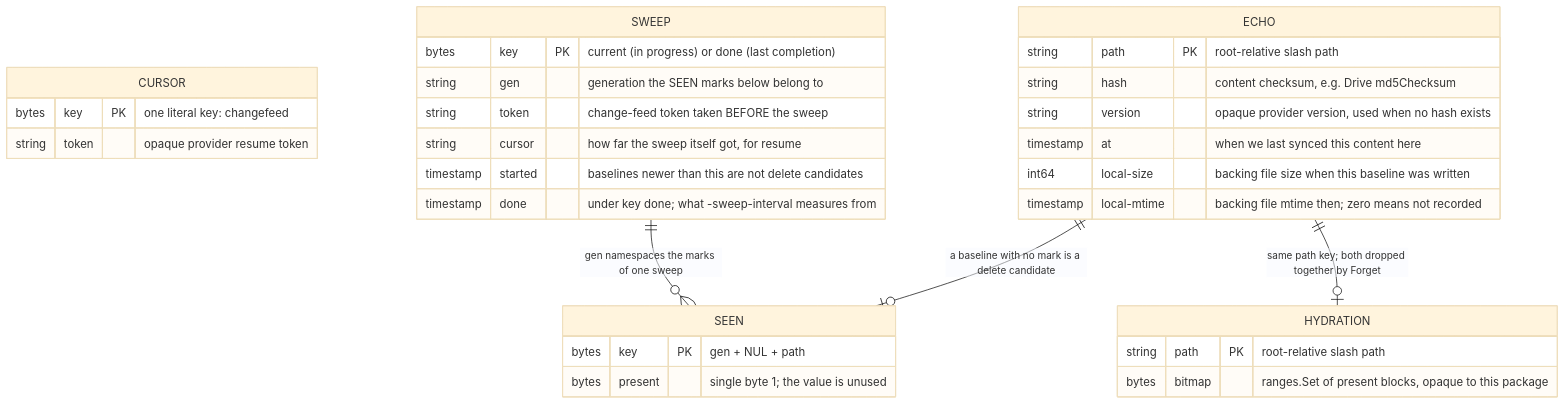
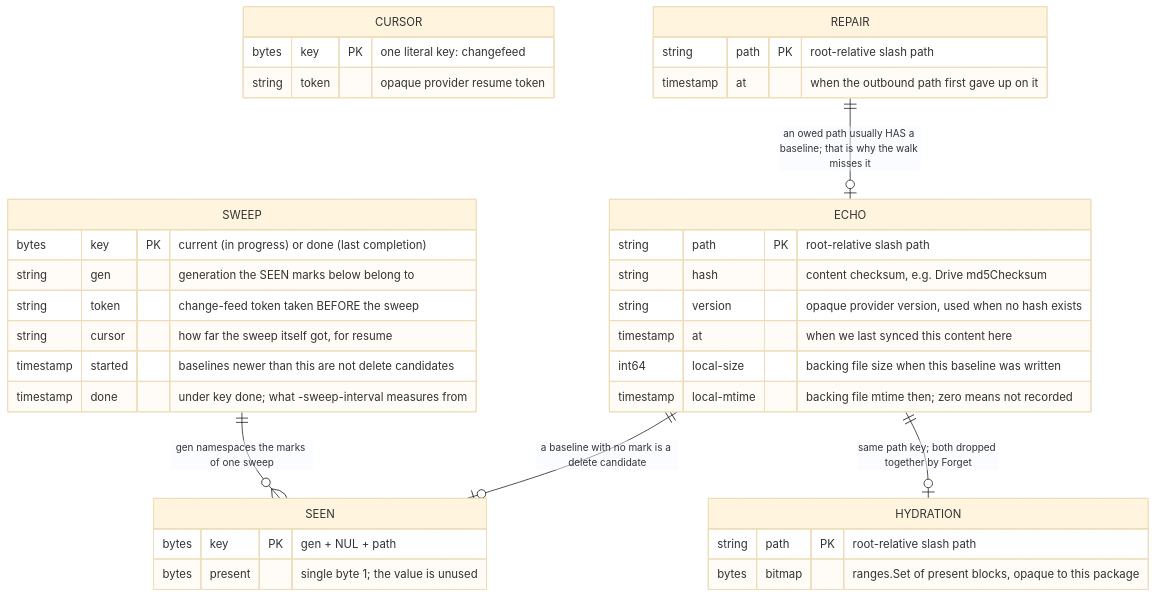
Before and after one commit to syshlted/drivel: the first of 3 diagrams in docs/dev/schema.md, drawn with Mermaid (base theme). The commit also changed other lines of this file and 19 other files, not shown here.

First line of the commit message:
Report back-pressure, and repair the push the engine gave up on

````diff
--- a/docs/dev/schema.md
+++ b/docs/dev/schema.md
@@ -25,35 +25,40 @@
 ```mermaid
 erDiagram
     CURSOR {
         bytes key PK "one literal key: changefeed"
         string token "opaque provider resume token"
     }
     ECHO {
         string path PK "root-relative slash path"
         string hash "content checksum, e.g. Drive md5Checksum"
         string version "opaque provider version, used when no hash exists"
         timestamp at "when we last synced this content here"
         int64 local-size "backing file size when this baseline was written"
         timestamp local-mtime "backing file mtime then; zero means not recorded"
     }
     HYDRATION {
         string path PK "root-relative slash path"
         bytes bitmap "ranges.Set of present blocks, opaque to this package"
     }
     SWEEP {
         bytes key PK "current (in progress) or done (last completion)"
         string gen "generation the SEEN marks below belong to"
         string token "change-feed token taken BEFORE the sweep"
         string cursor "how far the sweep itself got, for resume"
         timestamp started "baselines newer than this are not delete candidates"
         timestamp done "under key done; what -sweep-interval measures from"
     }
     SEEN {
         bytes key PK "gen + NUL + path"
         bytes present "single byte 1; the value is unused"
     }
+    REPAIR {
+        string path PK "root-relative slash path"
+        timestamp at "when the outbound path first gave up on it"
+    }
 
     SWEEP ||--o{ SEEN : "gen namespaces the marks of one sweep"
     ECHO ||--o| SEEN : "a baseline with no mark is a delete candidate"
     ECHO ||--o| HYDRATION : "same path key; both dropped together by Forget"
+    REPAIR ||--o| ECHO : "an owed path usually HAS a baseline; that is why the walk misses it"
 ```
````
